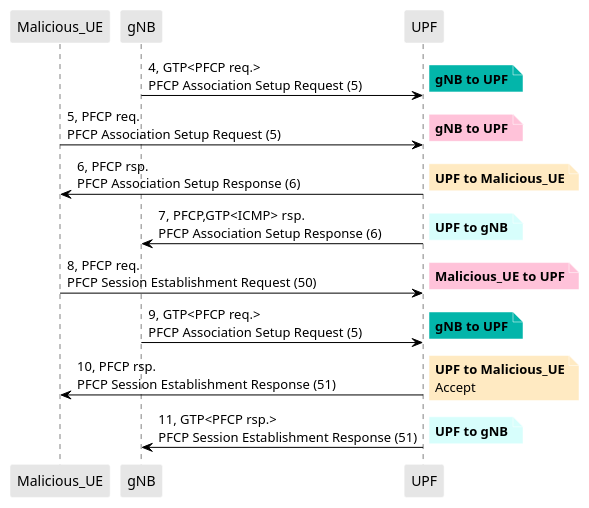
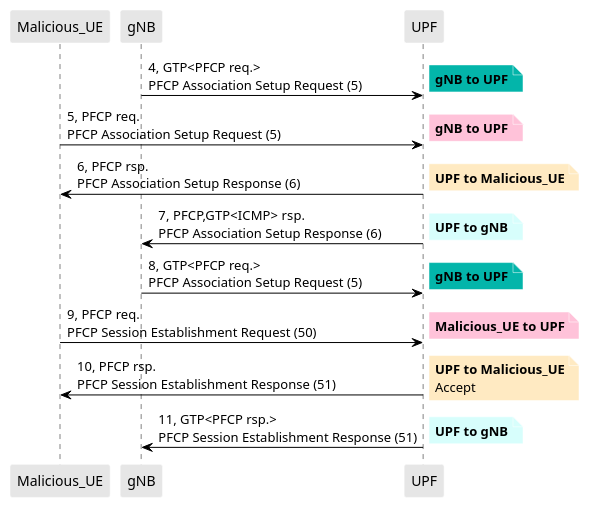
One commit to lilyhuegerich/5G changed the diagram in PCAPS/Core/pfcp_session_establish_OS.puml. Above: the diagram before and after it, drawn with PlantUML. The commit also changed 1 other file, not shown here.

Commit message:
session establishment flood

```diff
--- a/PCAPS/Core/pfcp_session_establish_OS.puml
+++ b/PCAPS/Core/pfcp_session_establish_OS.puml
@@ -1,66 +1,65 @@
 @startuml
 skinparam shadowing false
 skinparam NoteBorderColor white
 skinparam sequence {
     ArrowColor black
     LifeLineBorderColor black
     LifeLineBackgroundColor black
     ParticipantBorderColor white
     ParticipantBackgroundColor #e6e6e6
 }
 participant "Malicious_UE"
 participant "gNB"
 participant "UPF"
 
 
 "gNB" -> "UPF": 4, GTP<PFCP req.>\nPFCP Association Setup Request (5)
 
 note right #03B5AA
 **gNB to UPF**
 end note
 
 
 "Malicious_UE" -> "UPF": 5, PFCP req.\nPFCP Association Setup Request (5)
 
 note right #FFC2D9
 **gNB to UPF**
 end note
 
 "UPF" -> "Malicious_UE": 6, PFCP rsp.\nPFCP Association Setup Response (6)
 
 note right #FFEAC2
 **UPF to Malicious_UE**
 end note
 
 "UPF" -> "gNB": 7, PFCP,GTP<ICMP> rsp.\nPFCP Association Setup Response (6)
 
 note right #D7FEFC
 **UPF to gNB**
 end note
 
-"Malicious_UE" -> "UPF": 8, PFCP req.\nPFCP Session Establishment Request (50)
-
-note right #FFC2D9
-**Malicious_UE to UPF**
-end note
-
-"gNB" -> "UPF": 9, GTP<PFCP req.>\nPFCP Association Setup Request (5)
+"gNB" -> "UPF": 8, GTP<PFCP req.>\nPFCP Association Setup Request (5)
 
 note right #03B5AA
 **gNB to UPF**
 end note
 
+"Malicious_UE" -> "UPF": 9, PFCP req.\nPFCP Session Establishment Request (50)
+
+note right #FFC2D9
+**Malicious_UE to UPF**
+end note
 
 "UPF" -> "Malicious_UE": 10, PFCP rsp.\nPFCP Session Establishment Response (51)
 
 note right #FFEAC2
 **UPF to Malicious_UE**
 Accept
 end note
 
 "UPF" -> "gNB": 11, GTP<PFCP rsp.>\nPFCP Session Establishment Response (51)
 
 note right #D7FEFC
 **UPF to gNB**
 end note
 @enduml
```
